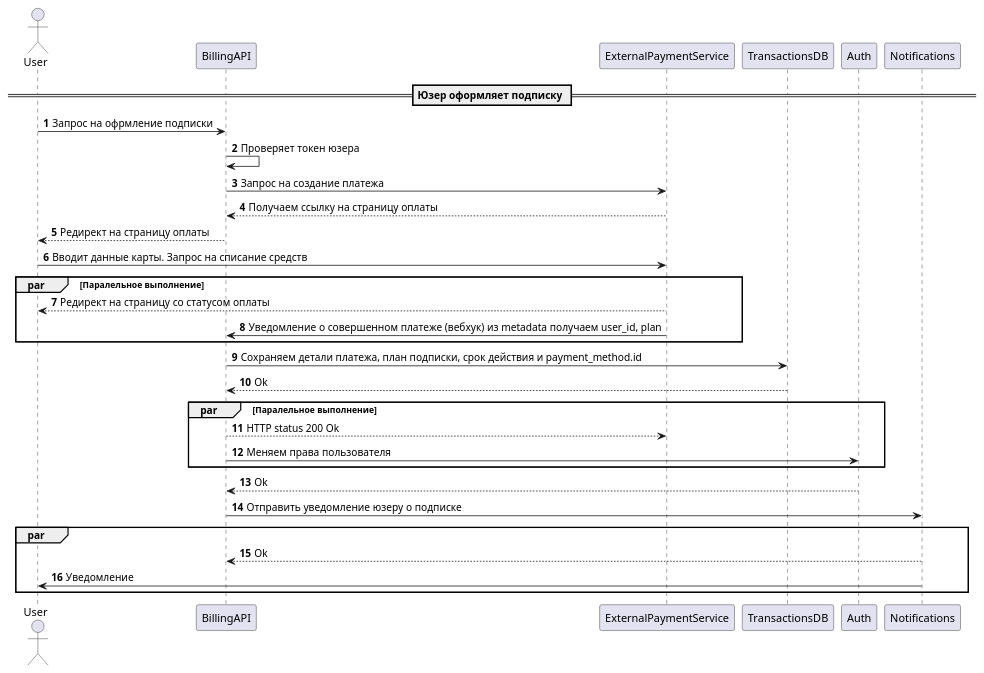
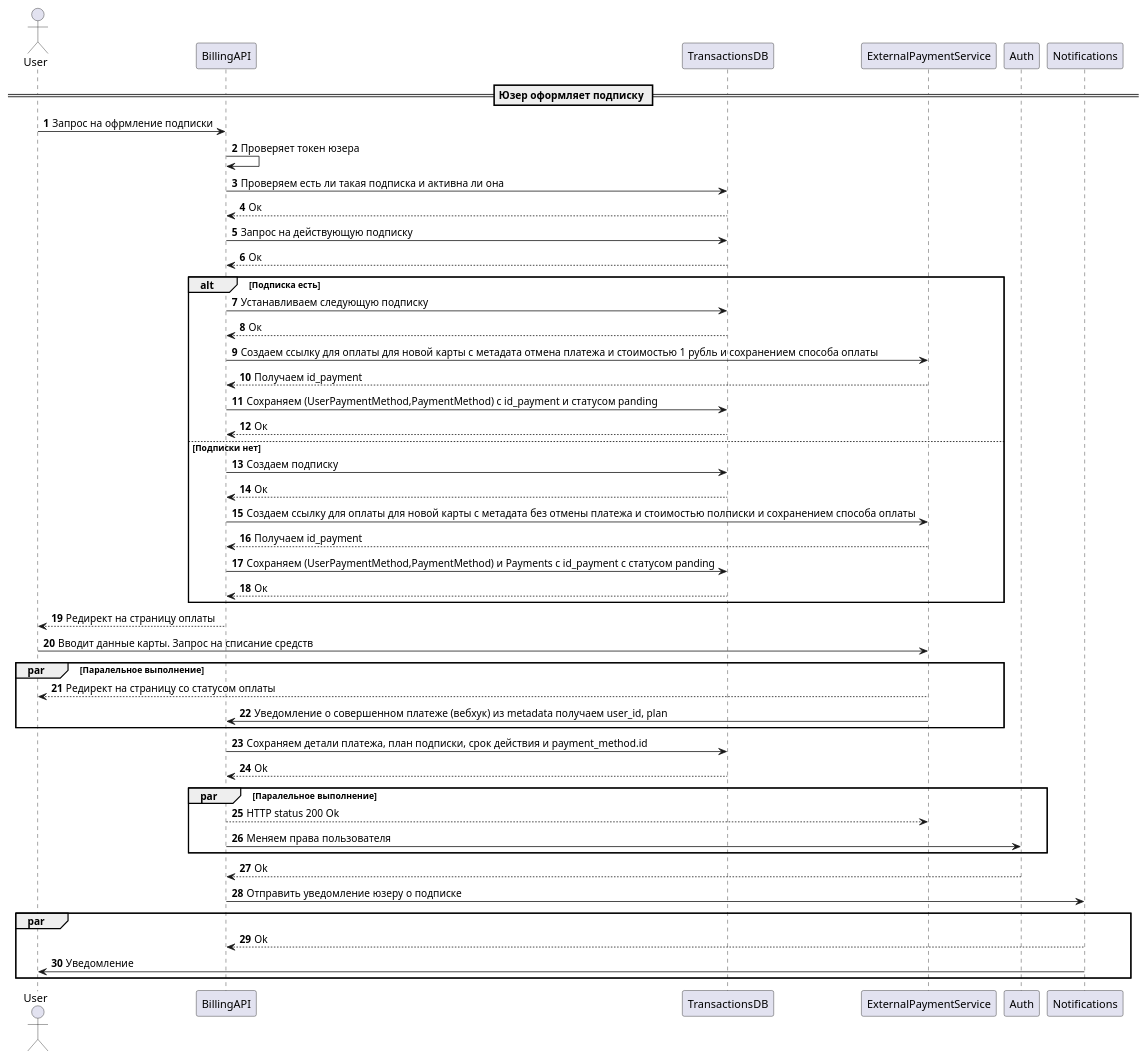
Before and after one commit to Practicum-24-10/billing: the diagram in docs/diagrams/sequences/subscribe.puml, drawn with PlantUML. The commit also changed 11 other files, not shown here.

```diff
--- a/docs/diagrams/sequences/subscribe.puml
+++ b/docs/diagrams/sequences/subscribe.puml
@@ -1,53 +1,88 @@
 @startuml to be
 
 == Юзер оформляет подписку ==
 
 autonumber
 
 actor User
 
 User -> BillingAPI: Запрос на офрмление подписки
 
 BillingAPI -> BillingAPI: Проверяет токен юзера
 
-BillingAPI -> ExternalPaymentService: Запрос на создание платежа
+BillingAPI -> TransactionsDB: Проверяем есть ли такая подписка и активна ли она
 
-ExternalPaymentService --> BillingAPI: Получаем ссылку на страницу оплаты
+TransactionsDB --> BillingAPI: Ок
+
+BillingAPI -> TransactionsDB: Запрос на действующую подписку
+
+TransactionsDB --> BillingAPI: Ок
+
+alt Подписка есть
+
+BillingAPI -> TransactionsDB: Устанавливаем следующую подписку
+
+TransactionsDB --> BillingAPI: Ок
+
+BillingAPI -> ExternalPaymentService: Создаем ссылку для оплаты для новой карты с метадата отмена платежа и стоимостью 1 рубль и сохранением способа оплаты
+
+ExternalPaymentService --> BillingAPI: Получаем id_payment
+
+BillingAPI -> TransactionsDB: Сохраняем (UserPaymentMethod,PaymentMethod) с id_payment и статусом panding
+
+TransactionsDB --> BillingAPI: Ок
+
+else Подписки нет
+
+BillingAPI -> TransactionsDB: Создаем подписку
+
+TransactionsDB --> BillingAPI: Ок
+
+BillingAPI -> ExternalPaymentService: Создаем ссылку для оплаты для новой карты с метадата без отмены платежа и стоимостью полписки и сохранением способа оплаты
+
+ExternalPaymentService --> BillingAPI: Получаем id_payment
+
+BillingAPI -> TransactionsDB: Сохраняем (UserPaymentMethod,PaymentMethod) и Payments с id_payment с статусом panding
+
+TransactionsDB --> BillingAPI: Ок
+
+end
+
 
 BillingAPI --> User: Редирект на страницу оплаты
 
 User -> ExternalPaymentService: Вводит данные карты. Запрос на списание средств
 
 par Паралельное выполнение
 
 ExternalPaymentService --> User: Редирект на страницу со статусом оплаты
 
 ExternalPaymentService -> BillingAPI: Уведомление о совершенном платеже (вебхук) из metadata получаем user_id, plan
 
 end
 
 BillingAPI -> TransactionsDB: Сохраняем детали платежа, план подписки, срок действия и payment_method.id
 
 TransactionsDB --> BillingAPI: Ok
 
 par Паралельное выполнение
 
 BillingAPI --> ExternalPaymentService: HTTP status 200 Ok
 
 BillingAPI -> Auth: Меняем права пользователя
 
 end
 
 Auth --> BillingAPI: Ok
 
 BillingAPI -> Notifications: Отправить уведомление юзеру о подписке
 
 par
 
 Notifications --> BillingAPI: Ok
 
 Notifications -> User: Уведомление
 
 end
 
 @enduml
```
